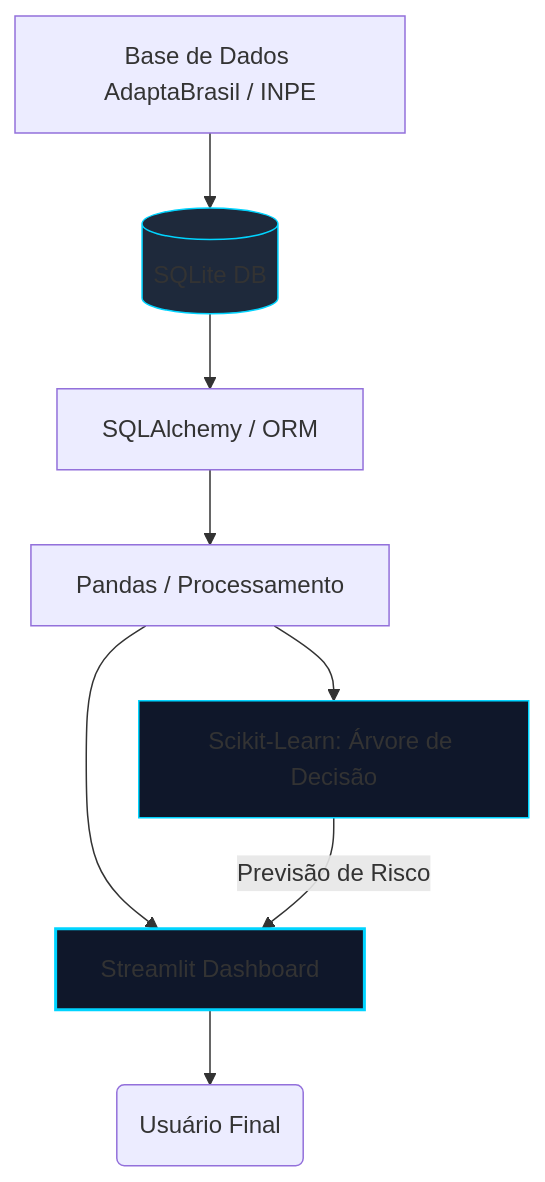
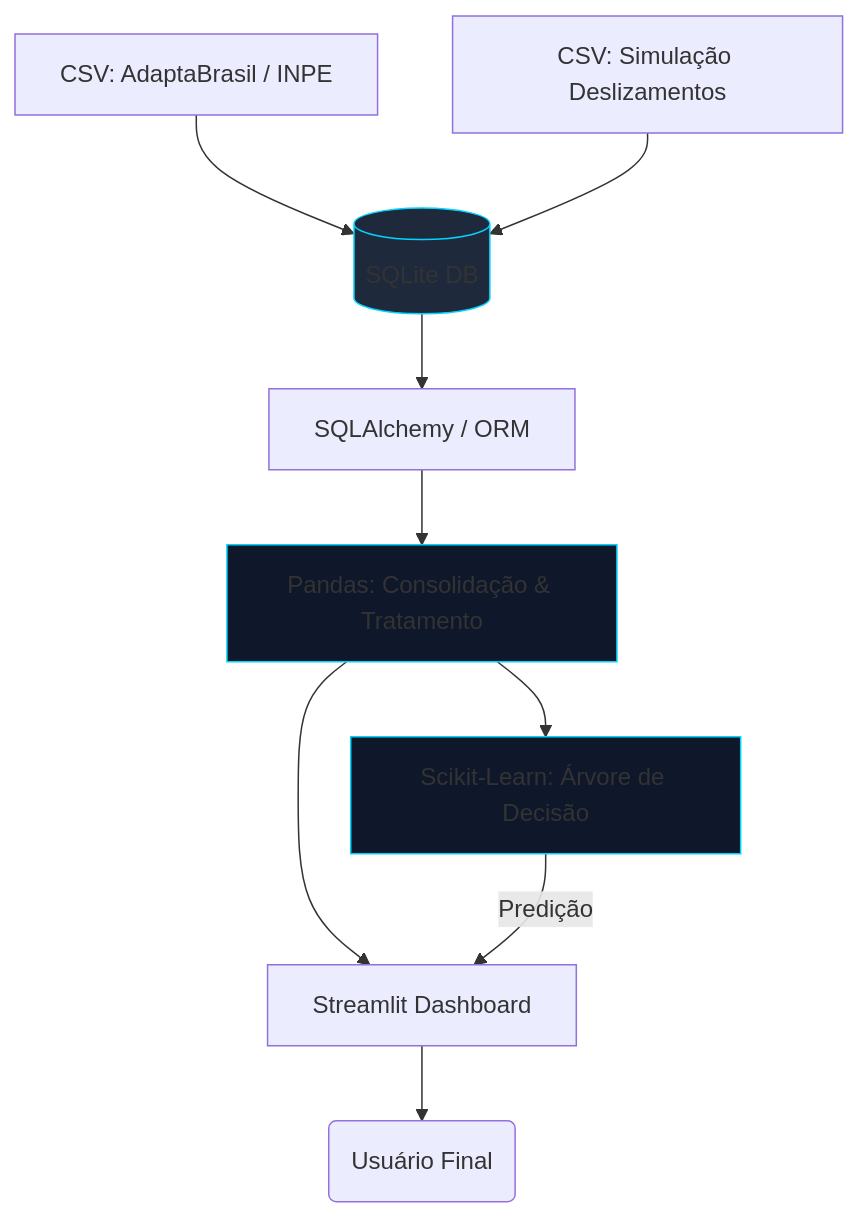
The diagram in README.md (bercezar/projeto-georisk), drawn with Mermaid before and after one commit. The commit also changed other lines of this file, not shown here.

````diff
--- a/README.md
+++ b/README.md
@@ -39,14 +47,15 @@
 ```mermaid
 graph TD
-    A[Base de Dados AdaptaBrasil / INPE] --> B[(SQLite DB)]
-    B --> C[SQLAlchemy / ORM]
-    C --> D[Pandas / Processamento]
-    D --> E[Scikit-Learn: Árvore de Decisão]
-    D --> F[Streamlit Dashboard]
-    E -->|Previsão de Risco| F
-    F --> G(Usuário Final)
+    CSV1[CSV: AdaptaBrasil / INPE] --> DB[(SQLite DB)]
+    CSV2[CSV: Simulação Deslizamentos] --> DB
+    DB --> SQL[SQLAlchemy / ORM]
+    SQL --> PANDAS[Pandas: Consolidação & Tratamento]
+    PANDAS --> MODEL[Scikit-Learn: Árvore de Decisão]
+    PANDAS --> DASH[Streamlit Dashboard]
+    MODEL -->|Predição| DASH
+    DASH --> USER(Usuário Final)
 
-    style B fill:#1e293b,stroke:#00d4ff
-    style F fill:#0f172a,stroke:#00d4ff,stroke-width:2px
-    style E fill:#0f172a,stroke:#00d4ff
+    style DB fill:#1e293b,stroke:#00d4ff
+    style PANDAS fill:#0f172a,stroke:#00d4ff
+    style MODEL fill:#0f172a,stroke:#00d4ff
 ```
````
